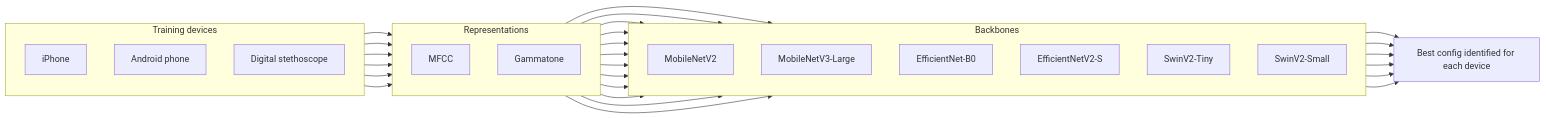
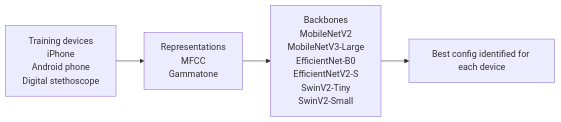
The first of 3 diagrams in README.md (anywheredoor/phonocardiogram-lvef-deeplearning), drawn with Mermaid before and after one commit. The commit also changed other lines of this file, not shown here.

Commit message:
Simplify README workflow diagrams

````diff
--- a/README.md
+++ b/README.md
@@ -104,47 +104,8 @@
 ```mermaid
 flowchart LR
-    subgraph WD["Training devices"]
-        direction TB
-        WD1["iPhone"]
-        WD2["Android phone"]
-        WD3["Digital stethoscope"]
-    end
-    subgraph WR["Representations"]
-        direction TB
-        WR1["MFCC"]
-        WR2["Gammatone"]
-    end
-    subgraph WB["Backbones"]
-        direction TB
-        WB1["MobileNetV2"]
-        WB2["MobileNetV3-Large"]
-        WB3["EfficientNet-B0"]
-        WB4["EfficientNetV2-S"]
-        WB5["SwinV2-Tiny"]
-        WB6["SwinV2-Small"]
-    end
-    WD1 --> WR1
-    WD1 --> WR2
-    WD2 --> WR1
-    WD2 --> WR2
-    WD3 --> WR1
-    WD3 --> WR2
-    WR1 --> WB1
-    WR1 --> WB2
-    WR1 --> WB3
-    WR1 --> WB4
-    WR1 --> WB5
-    WR1 --> WB6
-    WR2 --> WB1
-    WR2 --> WB2
-    WR2 --> WB3
-    WR2 --> WB4
-    WR2 --> WB5
-    WR2 --> WB6
-    WB1 --> S["Best config identified for each device"]
-    WB2 --> S
-    WB3 --> S
-    WB4 --> S
-    WB5 --> S
-    WB6 --> S
+    A["Training devices<br/>iPhone<br/>Android phone<br/>Digital stethoscope"]
+    B["Representations<br/>MFCC<br/>Gammatone"]
+    C["Backbones<br/>MobileNetV2<br/>MobileNetV3-Large<br/>EfficientNet-B0<br/>EfficientNetV2-S<br/>SwinV2-Tiny<br/>SwinV2-Small"]
+    D["Best config identified for each device"]
+    A --> B --> C --> D
 ```
````
